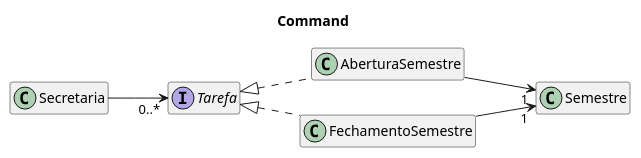
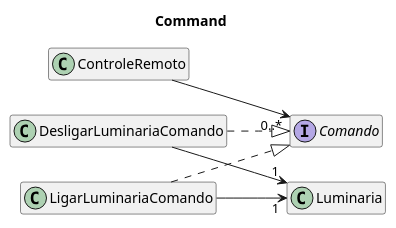
The diagram in Command.puml (B4Hive/Command-DCC078-2026-3-A), drawn with PlantUML before and after one commit. The commit also changed 9 other files, not shown here.

```diff
--- a/Command.puml
+++ b/Command.puml
@@ -1,14 +1,18 @@
 @startuml Command
-' Action
 title Command
 hide members
 left to right direction
 
-class AberturaSemestre implements Tarefa
-class FechamentoSemestre implements Tarefa
+interface Comando
+class LigarLuminariaComando
+class DesligarLuminariaComando
+class ControleRemoto
+class Luminaria
 
-AberturaSemestre --> "1" Semestre
-FechamentoSemestre --> "1" Semestre
-Secretaria --> "0..*" Tarefa
+LigarLuminariaComando ..|> Comando
+DesligarLuminariaComando ..|> Comando
+LigarLuminariaComando --> "1" Luminaria
+DesligarLuminariaComando --> "1" Luminaria
+ControleRemoto --> "0..*" Comando
 
 @enduml
```
